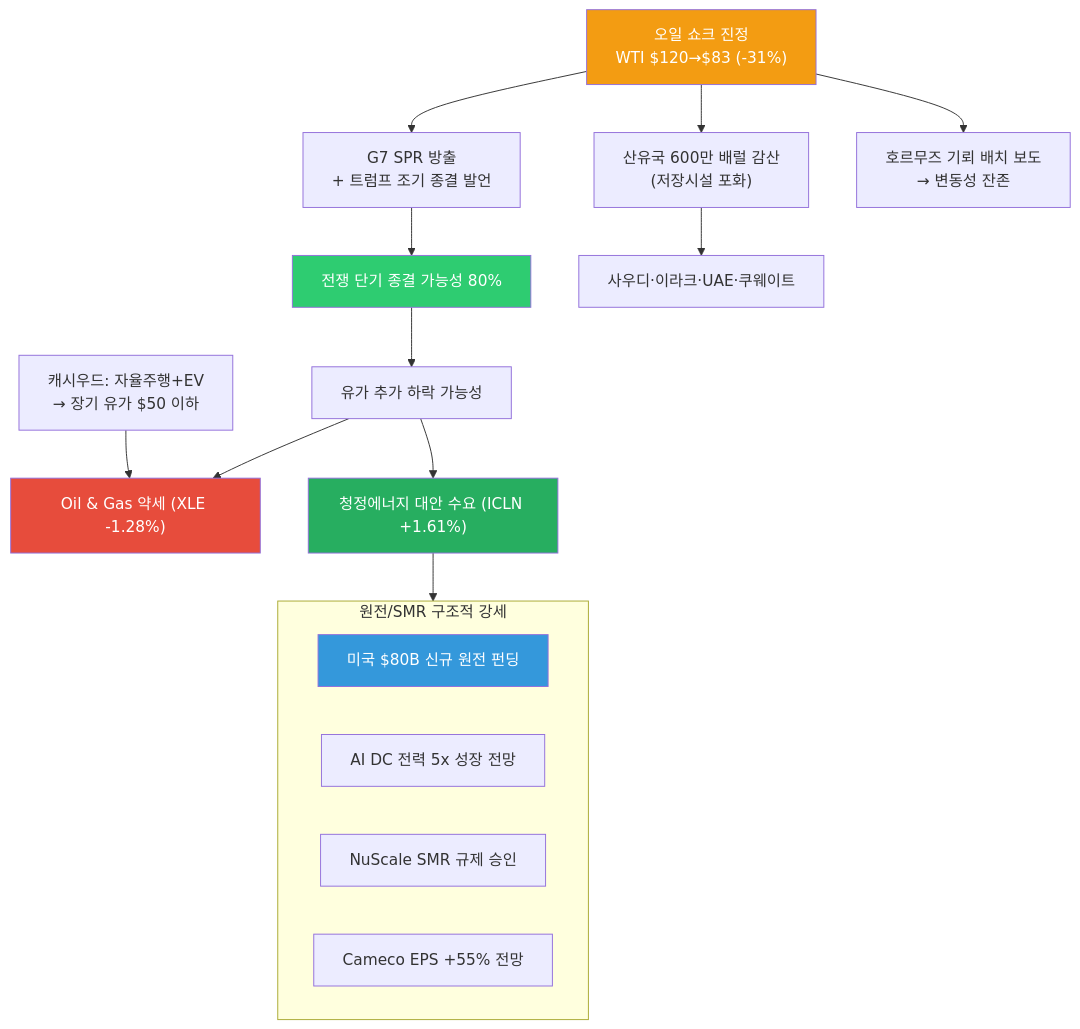
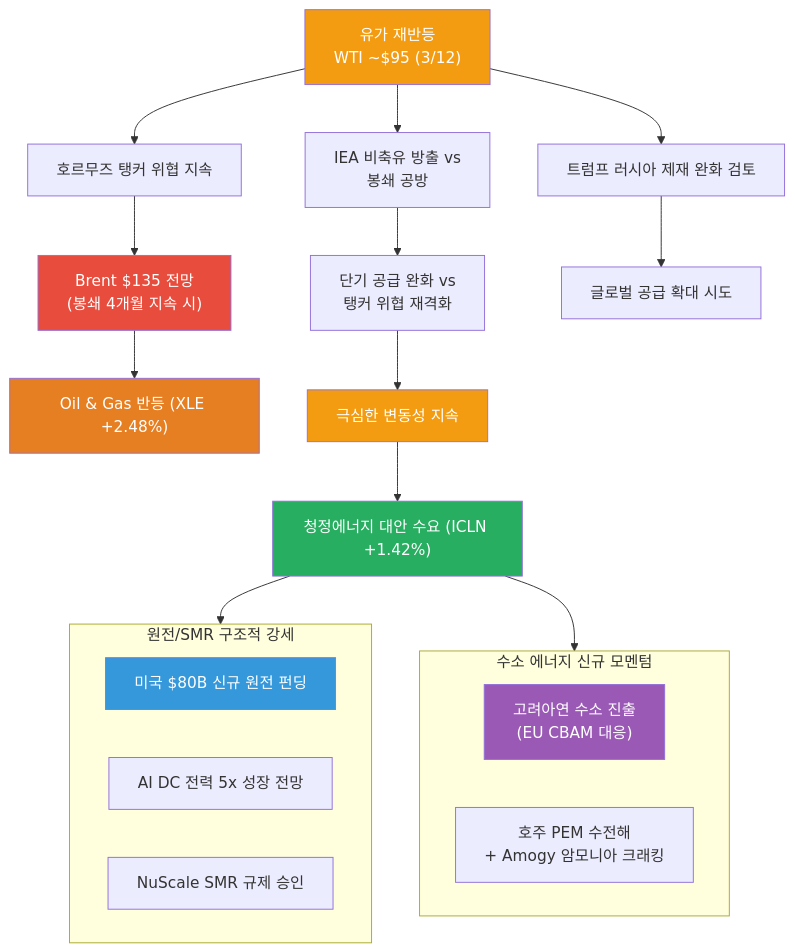
The first of 11 diagrams in _posts/knowledge/invest/2026-03-07-energy-sector-outlook-2026.md (dss99911/dss99911.github.io), drawn with Mermaid before and after one commit. The commit also changed other lines of this file and 4 other files, not shown here.

First line of the commit message:
투자 전망 데일리 업데이트 (3/12): GTC D-4 Groq LPU, WTI $95 재반등, SpaceX IPO

````diff
--- a/_posts/knowledge/invest/2026-03-07-energy-sector-outlook-2026.md
+++ b/_posts/knowledge/invest/2026-03-07-energy-sector-outlook-2026.md
@@ -41,29 +41,36 @@
 ```mermaid
 graph TD
-    A["오일 쇼크 진정<br/>WTI $120→$83 (-31%)"] --> B["G7 SPR 방출<br/>+ 트럼프 조기 종결 발언"]
-    A --> C["산유국 600만 배럴 감산<br/>(저장시설 포화)"]
-    A --> D["호르무즈 기뢰 배치 보도<br/>→ 변동성 잔존"]
+    A["유가 재반등<br/>WTI ~$95 (3/12)"] --> B["호르무즈 탱커 위협 지속"]
+    A --> C["IEA 비축유 방출 vs<br/>봉쇄 공방"]
+    A --> D["트럼프 러시아 제재 완화 검토"]
 
-    B --> E["전쟁 단기 종결 가능성 80%"]
-    C --> F["사우디·이라크·UAE·쿠웨이트"]
+    B --> E["Brent $135 전망<br/>(봉쇄 4개월 지속 시)"]
+    C --> F["단기 공급 완화 vs<br/>탱커 위협 재격화"]
+    D --> G["글로벌 공급 확대 시도"]
 
-    E --> G["유가 추가 하락 가능성"]
-    G --> H["Oil &amp; Gas 약세 (XLE -1.28%)"]
-    G --> I["청정에너지 대안 수요 (ICLN +1.61%)"]
+    E --> H["Oil &amp; Gas 반등 (XLE +2.48%)"]
+    F --> I["극심한 변동성 지속"]
+    I --> J["청정에너지 대안 수요 (ICLN +1.42%)"]
 
     subgraph nuclear["원전/SMR 구조적 강세"]
-        J["미국 $80B 신규 원전 펀딩"]
-        K["AI DC 전력 5x 성장 전망"]
-        L["NuScale SMR 규제 승인"]
-        M["Cameco EPS +55% 전망"]
+        K["미국 $80B 신규 원전 펀딩"]
+        L["AI DC 전력 5x 성장 전망"]
+        M["NuScale SMR 규제 승인"]
     end
 
-    I --> nuclear
-    N["캐시우드: 자율주행+EV<br/>→ 장기 유가 $50 이하"] --> H
+    subgraph hydrogen["수소 에너지 신규 모멘텀"]
+        N["고려아연 수소 진출<br/>(EU CBAM 대응)"]
+        O["호주 PEM 수전해<br/>+ Amogy 암모니아 크래킹"]
+    end
+
+    J --> nuclear
+    J --> hydrogen
 
     style A fill:#f39c12,color:#fff
-    style E fill:#2ecc71,color:#fff
-    style H fill:#e74c3c,color:#fff
-    style I fill:#27ae60,color:#fff
-    style J fill:#3498db,color:#fff
+    style E fill:#e74c3c,color:#fff
+    style H fill:#e67e22,color:#fff
+    style I fill:#f39c12,color:#fff
+    style J fill:#27ae60,color:#fff
+    style K fill:#3498db,color:#fff
+    style N fill:#9b59b6,color:#fff
 ```
````
